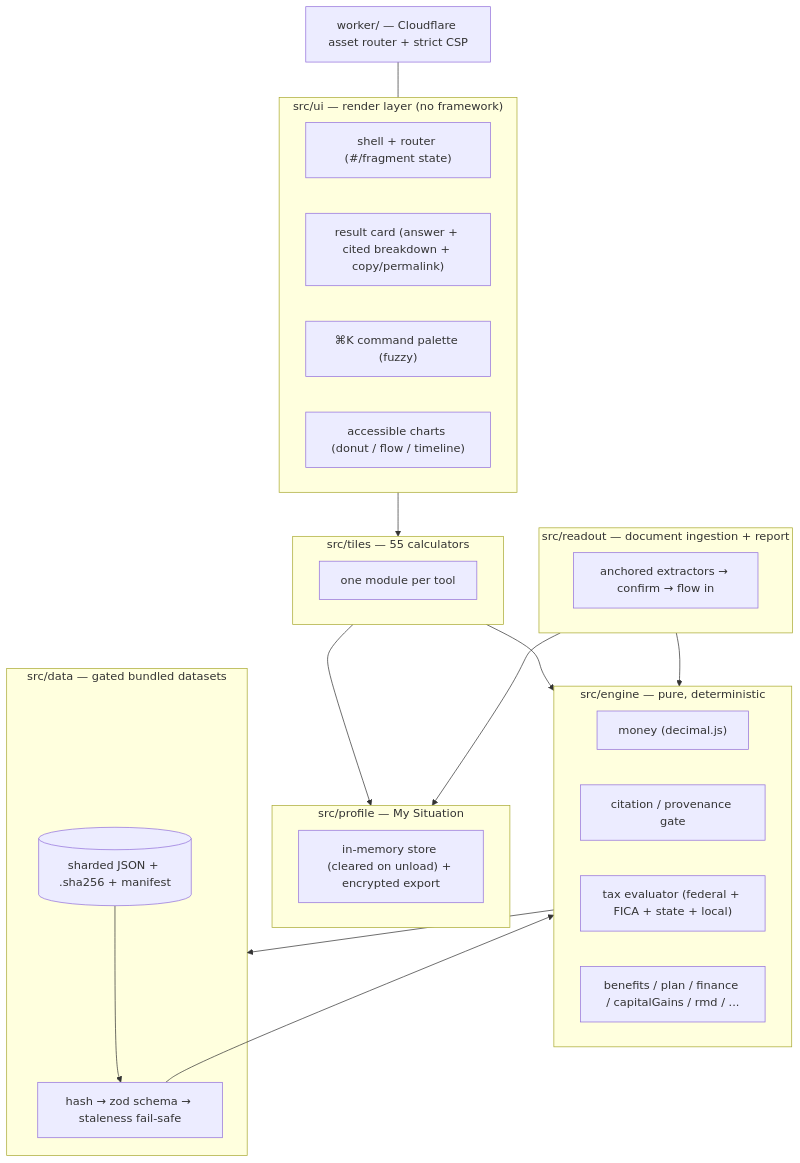
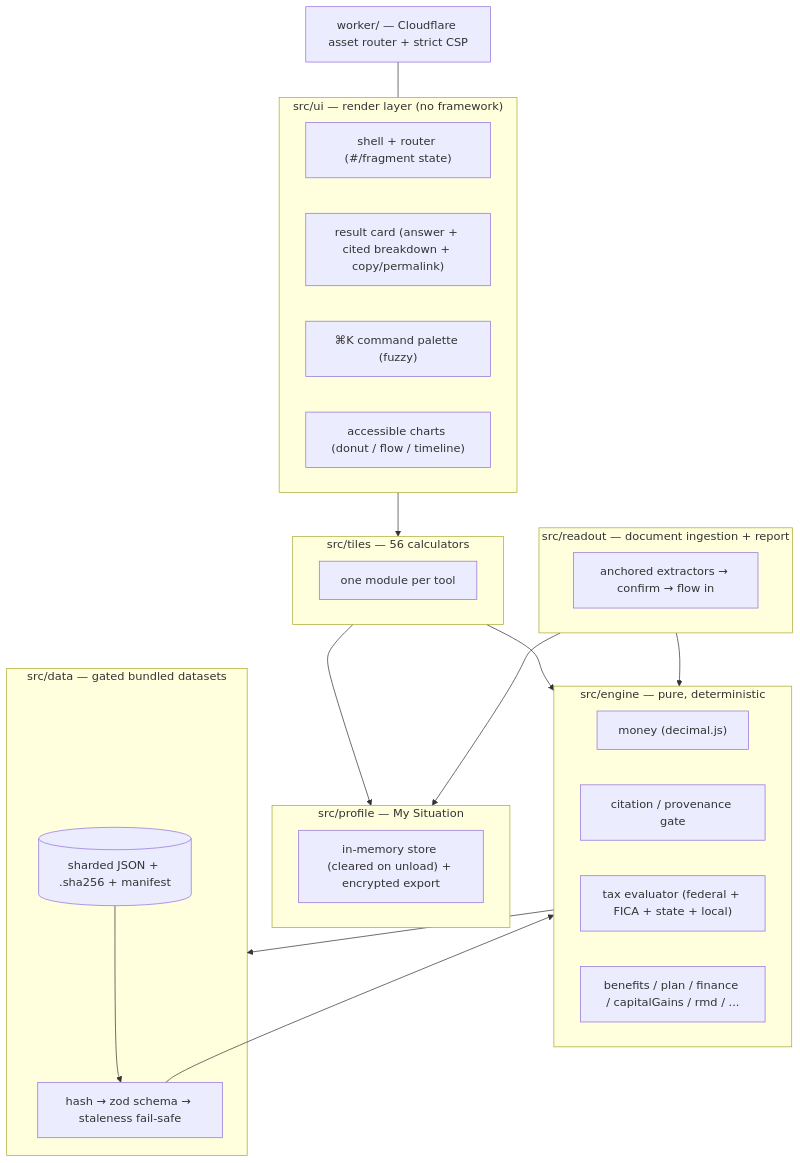
The second of 6 diagrams in README.md (clay-good/enklayve), drawn with Mermaid before and after one commit. The commit also changed other lines of this file and 8 other files, not shown here.

````diff
--- a/README.md
+++ b/README.md
@@ -210,36 +210,36 @@
 ```mermaid
 flowchart TD
     subgraph UI["src/ui — render layer (no framework)"]
         SH["shell + router (#/fragment state)"]
         RC["result card (answer + cited breakdown + copy/permalink)"]
         CP["⌘K command palette (fuzzy)"]
         CH["accessible charts (donut / flow / timeline)"]
     end
-    subgraph TILES["src/tiles — 55 calculators"]
+    subgraph TILES["src/tiles — 56 calculators"]
         T1["one module per tool"]
     end
     subgraph PROFILE["src/profile — My Situation"]
         PS["in-memory store (cleared on unload) + encrypted export"]
     end
     subgraph READOUT["src/readout — document ingestion + report"]
         RX["anchored extractors → confirm → flow in"]
     end
     subgraph ENGINE["src/engine — pure, deterministic"]
         MN["money (decimal.js)"]
         CI["citation / provenance gate"]
         TAX["tax evaluator (federal + FICA + state + local)"]
         BEN["benefits / plan / finance / capitalGains / rmd / ..."]
     end
     subgraph DATA["src/data — gated bundled datasets"]
         LO["hash → zod schema → staleness fail-safe"]
         DS[("sharded JSON + .sha256 + manifest")]
     end
     TILES --> ENGINE
     READOUT --> ENGINE
     TILES --> PROFILE
     READOUT --> PROFILE
     UI --> TILES
     ENGINE --> DATA
     DS --> LO --> ENGINE
     WORKER["worker/ — Cloudflare asset router + strict CSP"] --- UI
 ```
````
